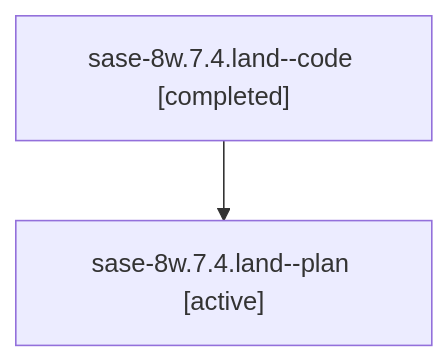
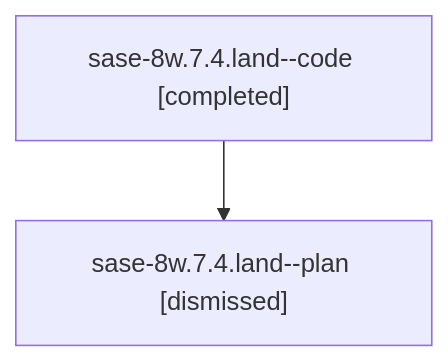
One commit to sase-org/sase--agents changed the diagram in sessions/bbugyi200.athena.sase-8w.7.4.land.md. Above: the diagram before and after it, drawn with Mermaid. The commit also changed other lines of this file and 105 other files, not shown here.

````diff
--- a/sessions/bbugyi200.athena.sase-8w.7.4.land.md
+++ b/sessions/bbugyi200.athena.sase-8w.7.4.land.md
@@ -9,6 +9,6 @@
 ```mermaid
 flowchart TD
   n0["sase-8w.7.4.land--code [completed]"]
-  n1["sase-8w.7.4.land--plan [active]"]
+  n1["sase-8w.7.4.land--plan [dismissed]"]
   n0 --> n1
 ```
````
